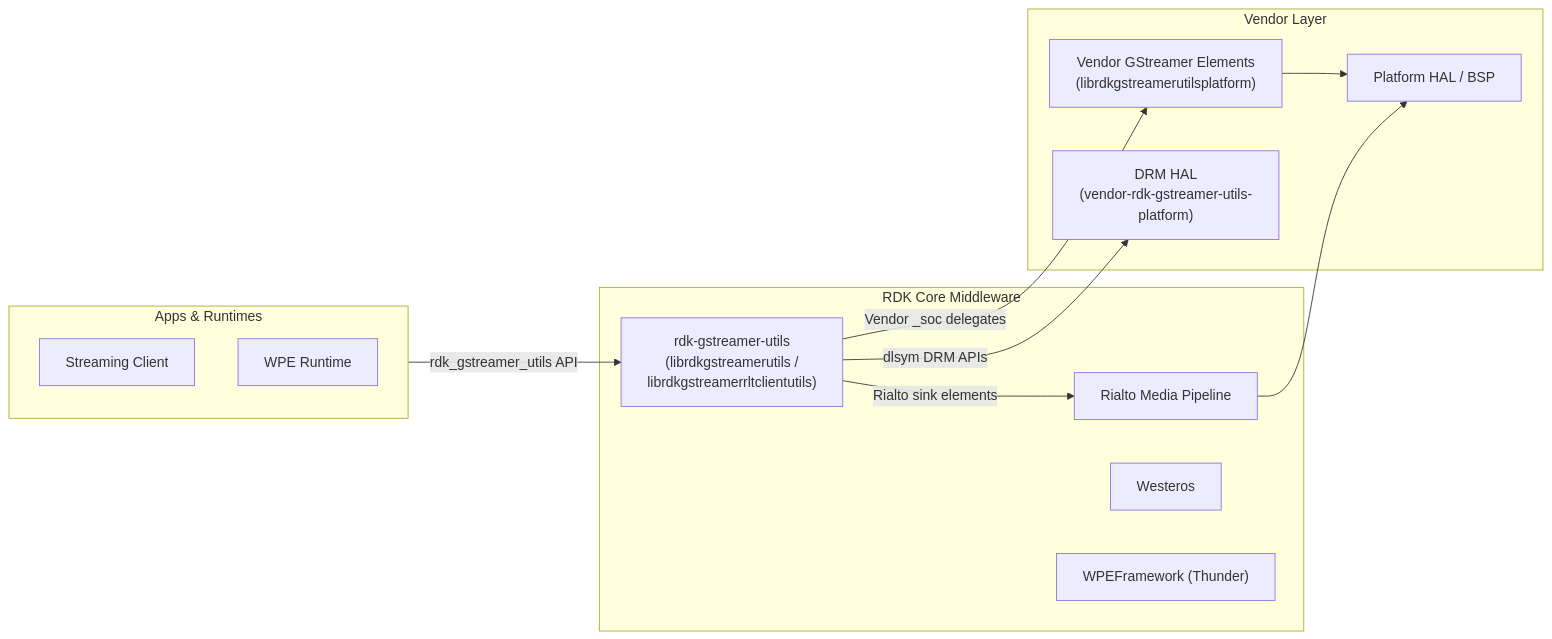
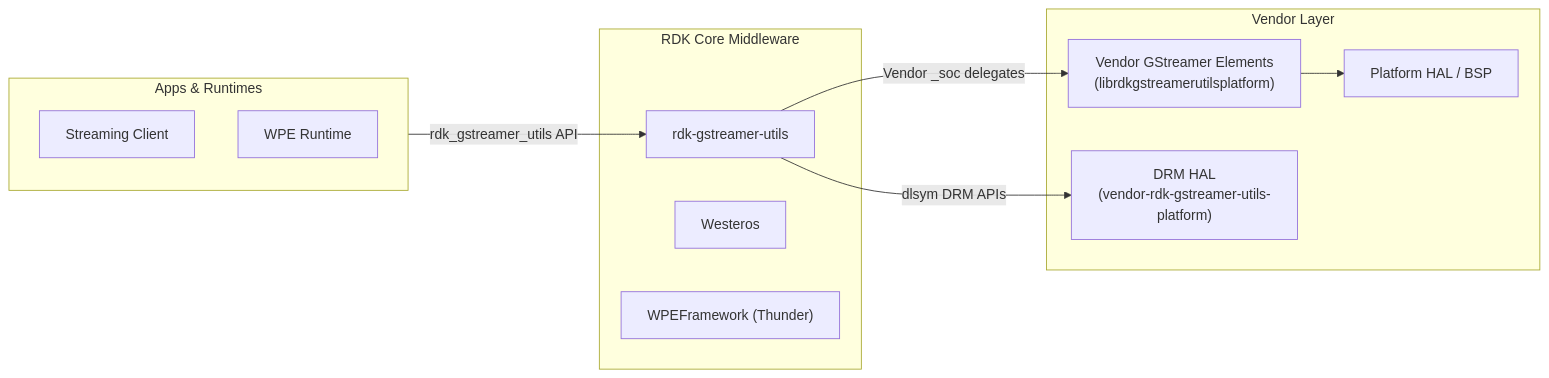
One commit to rdkcentral/gstreamer-netflix-platform changed the first of 8 diagrams in README.md. Above: the diagram before and after it, drawn with Mermaid. The commit also changed other lines of this file, not shown here.

Commit message:
Addressed reviewer comments on rialto

````diff
--- a/README.md
+++ b/README.md
@@ -9,37 +9,34 @@
 ```mermaid
 flowchart LR
 
 %% Styles
 classDef Apps stroke:#00B9F1,fill:#E6F7FD,stroke-width:2px;
 classDef RDKMW stroke:#75D701,fill:#F1FFE6,stroke-width:2px;
 classDef VL stroke:#808080,fill:#F2F2F2,stroke-width:2px;
 
 %% Apps Layer
     subgraph Apps["Apps & Runtimes"]
         NRDP["Streaming Client"]
         WPE_RT["WPE Runtime"]
     end
 
 %% Middleware
     subgraph RDKMW["RDK Core Middleware"]
-        RGU["rdk-gstreamer-utils\n(librdkgstreamerutils /\nlibrdkgstreamerrltclientutils)"]
-        Rialto["Rialto Media Pipeline"]
+        RGU["rdk-gstreamer-utils"]
         Westeros["Westeros"]
         Thunder["WPEFramework (Thunder)"]
     end
 
 %% Vendor Layer
     subgraph VL["Vendor Layer"]
         GST_PLATFORM["Vendor GStreamer Elements\n(librdkgstreamerutilsplatform)"]
         DRM["DRM HAL\n(vendor-rdk-gstreamer-utils-platform)"]
         HAL["Platform HAL / BSP"]
     end
 
     %% Connections
     Apps -->|rdk_gstreamer_utils API| RGU
     RGU -->|Vendor _soc delegates| GST_PLATFORM
-    RGU -->|Rialto sink elements| Rialto
     RGU -->|dlsym DRM APIs| DRM
     GST_PLATFORM --> HAL
-    Rialto --> HAL
 ```
````
